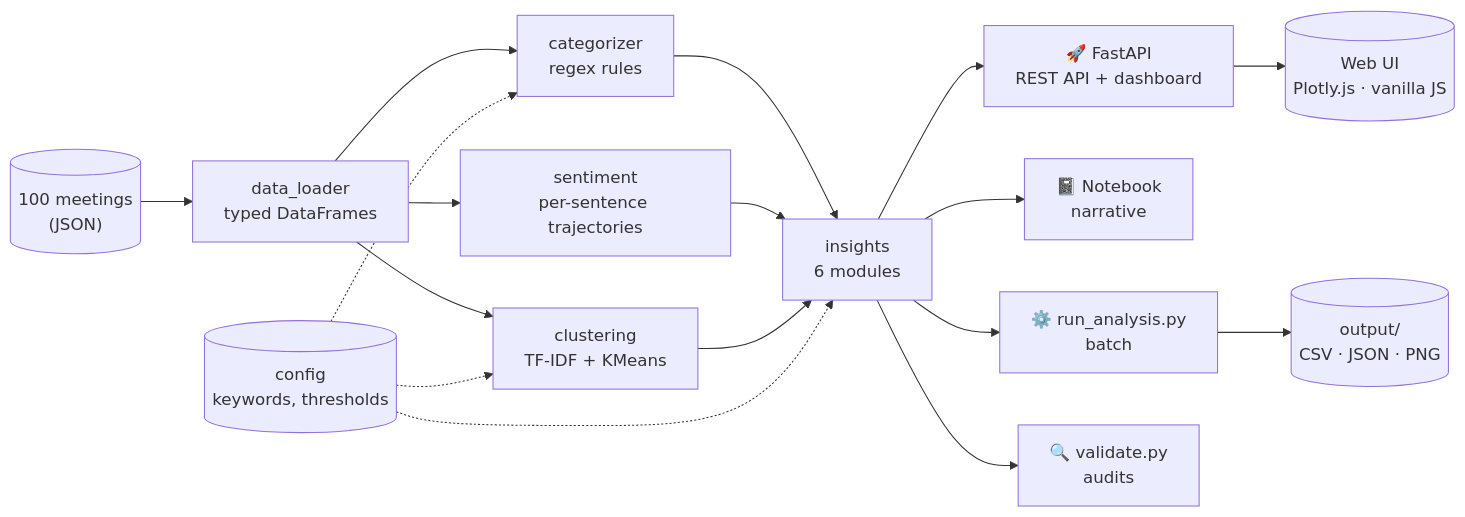
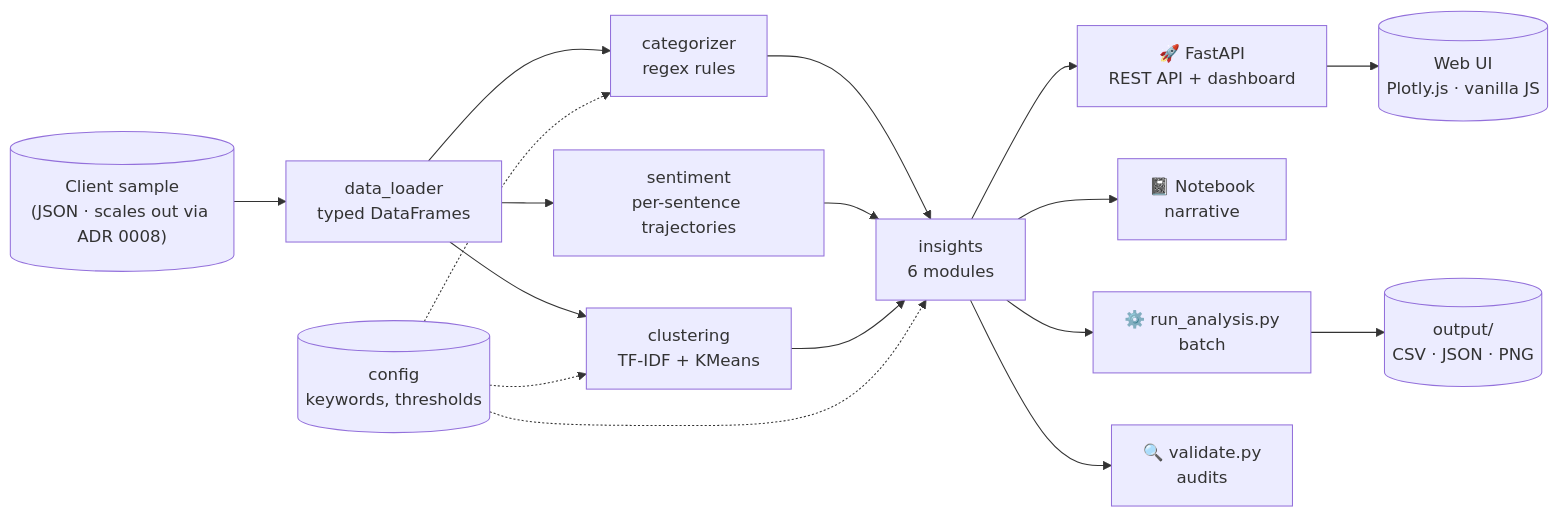
Before and after one commit to r2st/rubrik: the first of 2 diagrams in README.md, drawn with Mermaid. The commit also changed other lines of this file and 10 other files, not shown here.

````diff
--- a/README.md
+++ b/README.md
@@ -90,24 +108,24 @@
 ```mermaid
 flowchart LR
-    Data[("100 meetings<br/>(JSON)")] --> Loader["data_loader<br/>typed DataFrames"]
+    Data[("Client sample<br/>(JSON · scales out via ADR 0008)")] --> Loader["data_loader<br/>typed DataFrames"]
 
     Loader --> Categorizer["categorizer<br/>regex rules"]
     Loader --> Sentiment["sentiment<br/>per-sentence trajectories"]
     Loader --> Clustering["clustering<br/>TF-IDF + KMeans"]
 
     Categorizer --> Insights["insights<br/>6 modules"]
     Sentiment --> Insights
     Clustering --> Insights
 
     Config[("config<br/>keywords, thresholds")] -.-> Categorizer
     Config -.-> Clustering
     Config -.-> Insights
 
     Insights --> API["🚀 FastAPI<br/>REST API + dashboard"]
     Insights --> Notebook["📓 Notebook<br/>narrative"]
     Insights --> CLI["⚙️ run_analysis.py<br/>batch"]
     Insights --> Validator["🔍 validate.py<br/>audits"]
 
     API --> Web[("Web UI<br/>Plotly.js · vanilla JS")]
     CLI --> Out[("output/<br/>CSV · JSON · PNG")]
 ```
````
